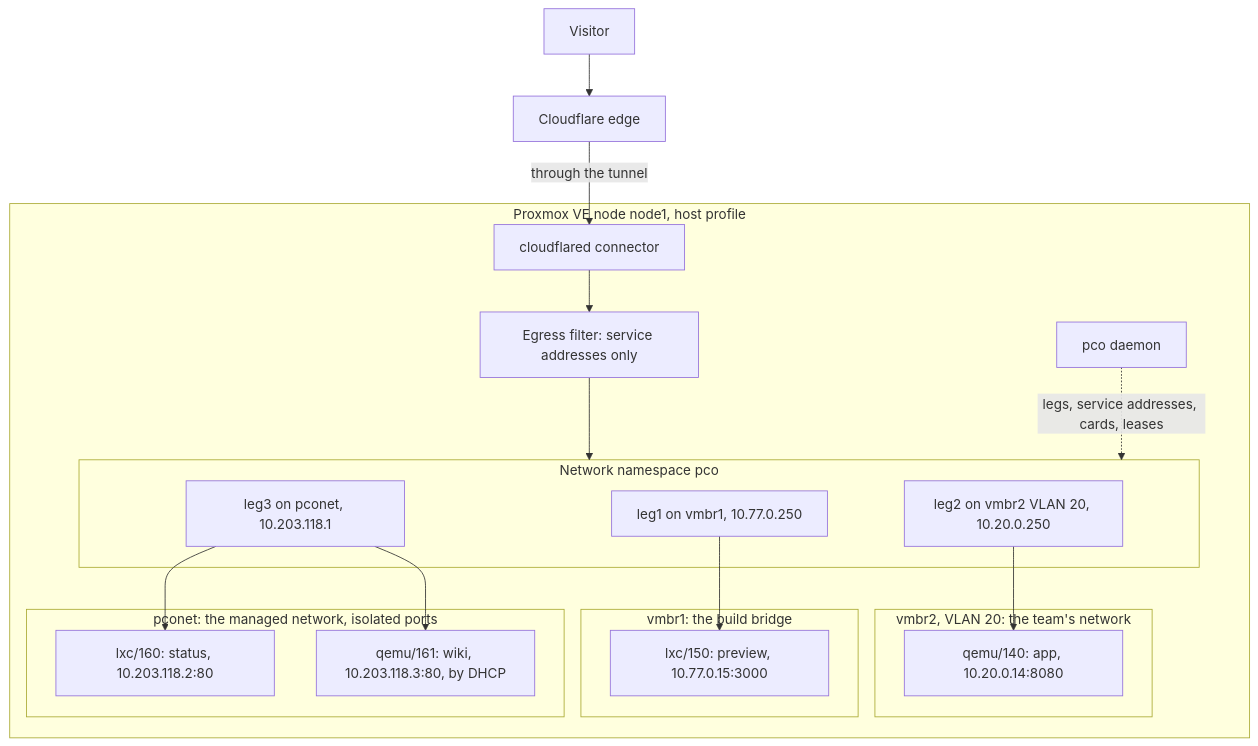
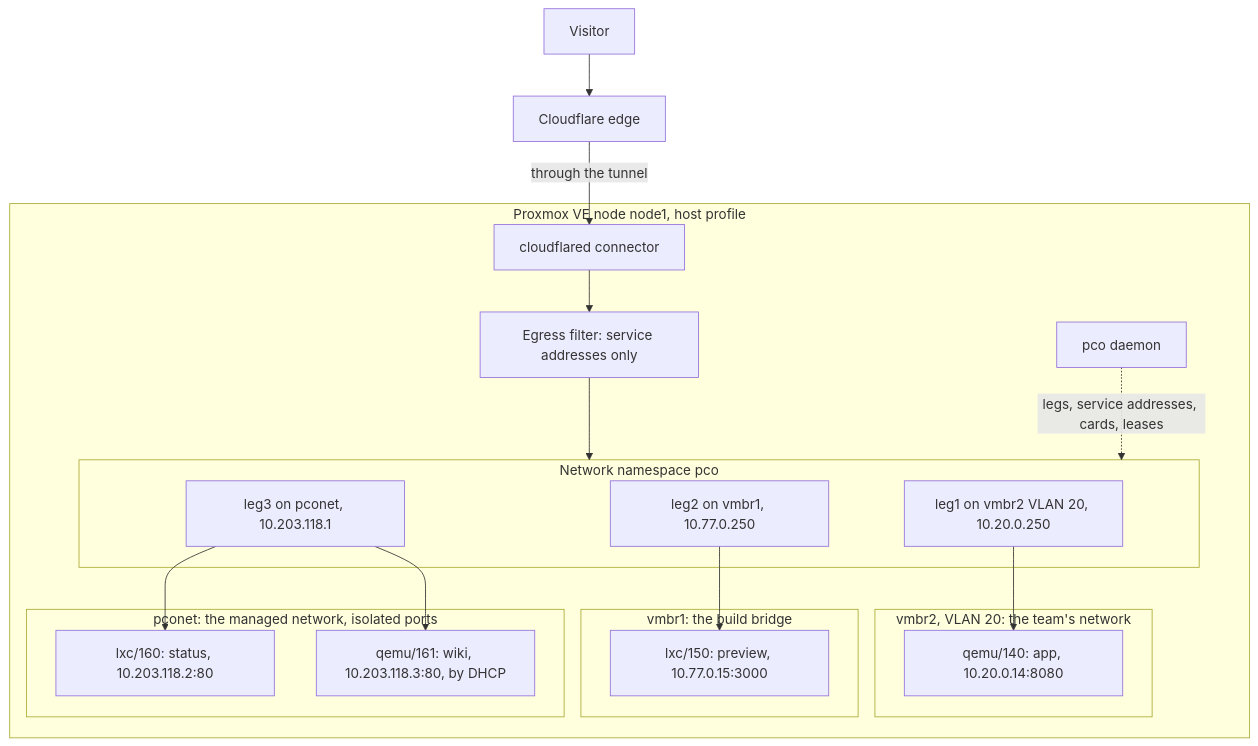
The diagram in docs/use-cases/isolated-networks.md (anaryk/proxmox-cloudflared-operator), drawn with Mermaid before and after one commit. The commit also changed 10 other files, not shown here.

````diff
--- a/docs/use-cases/isolated-networks.md
+++ b/docs/use-cases/isolated-networks.md
@@ -25,30 +25,30 @@
 ```mermaid
 flowchart TB
     visitor["Visitor"] --> edge["Cloudflare edge"]
     subgraph node["Proxmox VE node node1, host profile"]
         connector["cloudflared connector"] --> filter["Egress filter: service addresses only"]
         daemon["pco daemon"]
         subgraph ns["Network namespace pco"]
-            leg2["leg2 on vmbr2 VLAN 20, 10.20.0.250"]
-            leg1["leg1 on vmbr1, 10.77.0.250"]
+            leg1["leg1 on vmbr2 VLAN 20, 10.20.0.250"]
+            leg2["leg2 on vmbr1, 10.77.0.250"]
             leg3["leg3 on pconet, 10.203.118.1"]
         end
         subgraph team["vmbr2, VLAN 20: the team's network"]
             app["qemu/140: app, 10.20.0.14:8080"]
         end
         subgraph build["vmbr1: the build bridge"]
             preview["lxc/150: preview, 10.77.0.15:3000"]
         end
         subgraph managed["pconet: the managed network, isolated ports"]
             status["lxc/160: status, 10.203.118.2:80"]
             wiki["qemu/161: wiki, 10.203.118.3:80, by DHCP"]
         end
     end
     edge -->|"through the tunnel"| connector
     filter --> ns
-    leg2 --> app
-    leg1 --> preview
+    leg1 --> app
+    leg2 --> preview
     leg3 --> status
     leg3 --> wiki
     daemon -. "legs, service addresses, cards, leases" .-> ns
 ```
````
